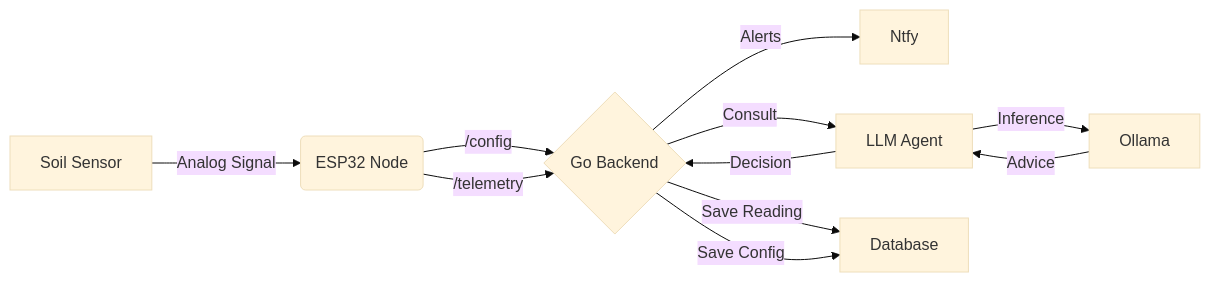
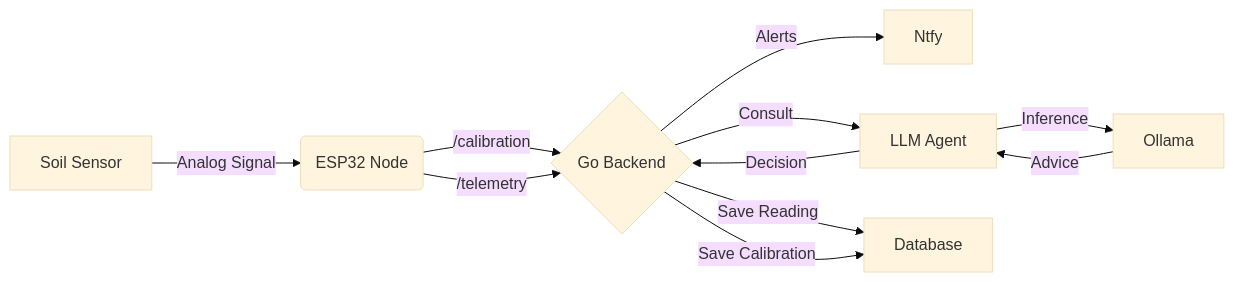
Before and after one commit to nick-moyer/seed-sentinel: the diagram in README.md, drawn with Mermaid (base theme). The commit also changed 8 other files, not shown here.

````diff
--- a/README.md
+++ b/README.md
@@ -37,13 +37,13 @@
 ```mermaid
 graph LR
     A[Soil Sensor] -->|Analog Signal| B(ESP32 Node)
-    B -->|/config| C{Go Backend}
+    B -->|/calibration| C{Go Backend}
     B -->|/telemetry| C{Go Backend}
     C -->|Alerts| D[Ntfy]
     C -->|Consult| E[LLM Agent]
     C -->|Save Reading| G[Database]
-    C -->|Save Config| G[Database]
+    C -->|Save Calibration| G[Database]
     E -->|Inference| F[Ollama]
     F -->|Advice| E
     E -->|Decision| C
 ```
````
